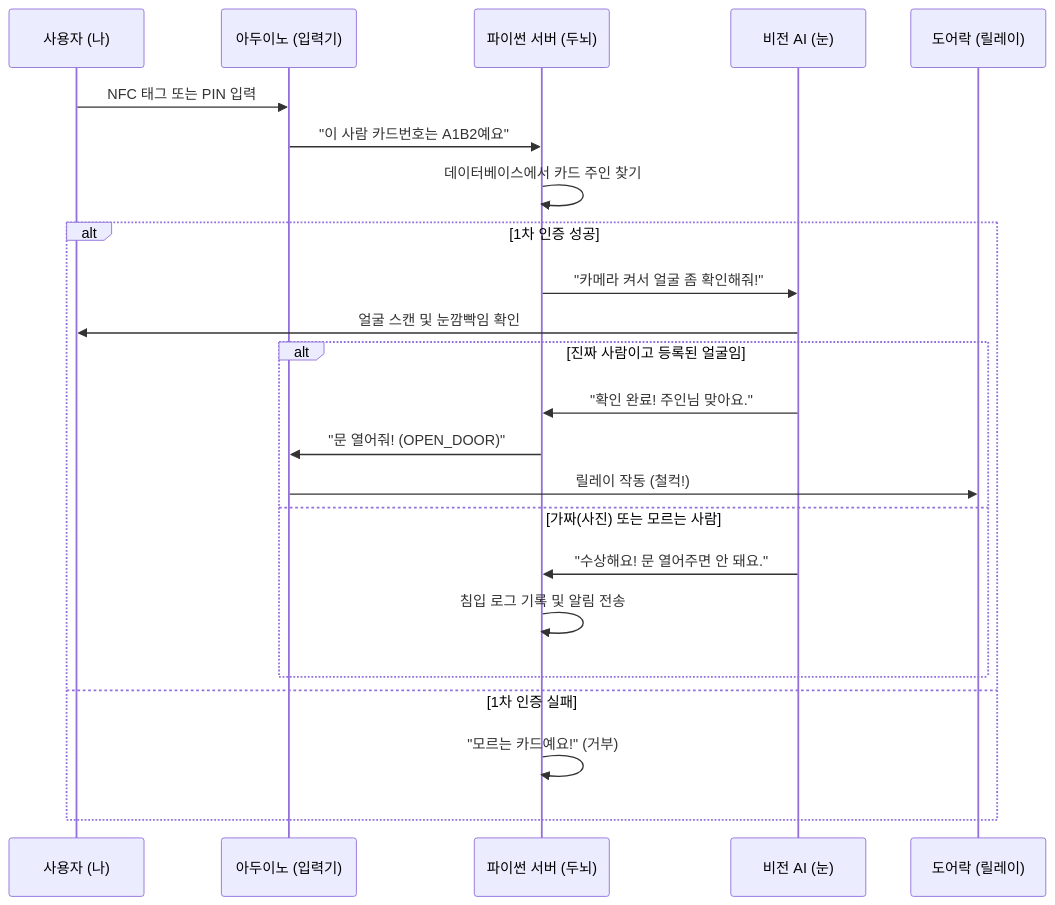
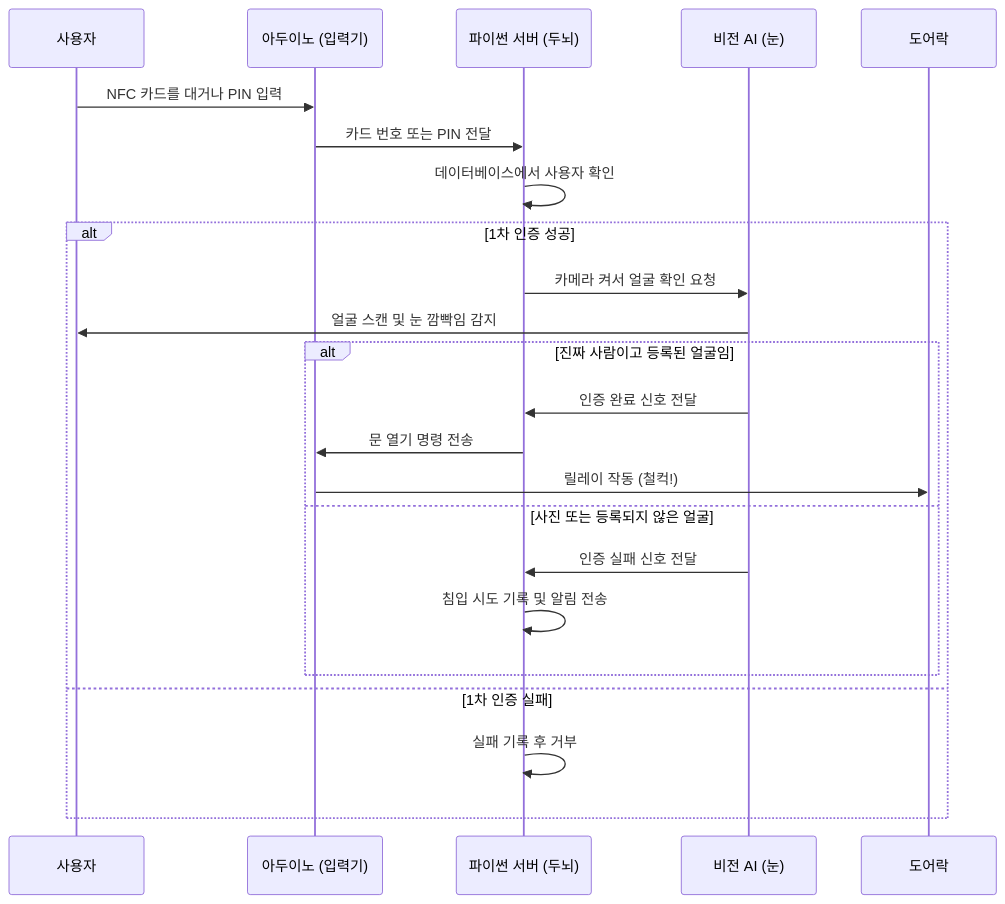
The second of 7 diagrams in website/docs/system_docs/EASY_GUIDE.md (hkimw-underground/digital-logic-circuit), drawn with Mermaid before and after one commit. The commit also changed other lines of this file and 26 other files, not shown here.

````diff
--- a/website/docs/system_docs/EASY_GUIDE.md
+++ b/website/docs/system_docs/EASY_GUIDE.md
@@ -38,27 +33,27 @@
 ```mermaid
 sequenceDiagram
-    participant User as 사용자 (나)
-    participant HW as 아두이노 (입력기)
-    participant Server as 파이썬 서버 (두뇌)
+    participant 사용자
+    participant 아두이노 as 아두이노 (입력기)
+    participant 서버 as 파이썬 서버 (두뇌)
     participant AI as 비전 AI (눈)
-    participant Door as 도어락 (릴레이)
+    participant 도어락
 
-    User->>HW: NFC 태그 또는 PIN 입력
-    HW->>Server: "이 사람 카드번호는 A1B2예요"
-    Server->>Server: 데이터베이스에서 카드 주인 찾기
+    사용자->>아두이노: NFC 카드를 대거나 PIN 입력
+    아두이노->>서버: 카드 번호 또는 PIN 전달
+    서버->>서버: 데이터베이스에서 사용자 확인
 
     alt 1차 인증 성공
-        Server->>AI: "카메라 켜서 얼굴 좀 확인해줘!"
-        AI->>User: 얼굴 스캔 및 눈깜빡임 확인
+        서버->>AI: 카메라 켜서 얼굴 확인 요청
+        AI->>사용자: 얼굴 스캔 및 눈 깜빡임 감지
         alt 진짜 사람이고 등록된 얼굴임
-            AI->>Server: "확인 완료! 주인님 맞아요."
-            Server->>HW: "문 열어줘! (OPEN_DOOR)"
-            HW->>Door: 릴레이 작동 (철컥!)
-        else 가짜(사진) 또는 모르는 사람
-            AI->>Server: "수상해요! 문 열어주면 안 돼요."
-            Server->>Server: 침입 로그 기록 및 알림 전송
+            AI->>서버: 인증 완료 신호 전달
+            서버->>아두이노: 문 열기 명령 전송
+            아두이노->>도어락: 릴레이 작동 (철컥!)
+        else 사진 또는 등록되지 않은 얼굴
+            AI->>서버: 인증 실패 신호 전달
+            서버->>서버: 침입 시도 기록 및 알림 전송
         end
     else 1차 인증 실패
-        Server->>Server: "모르는 카드예요!" (거부)
+        서버->>서버: 실패 기록 후 거부
     end
 ```
````
